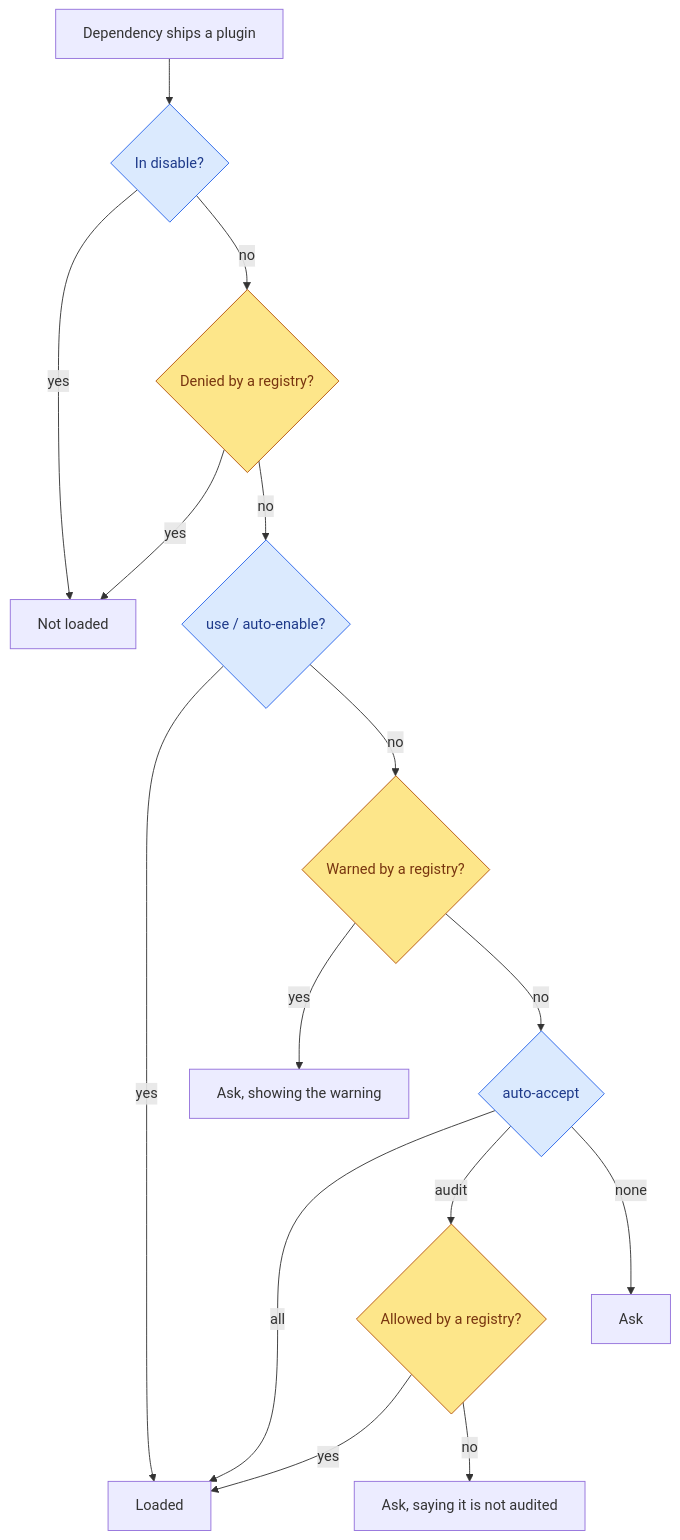
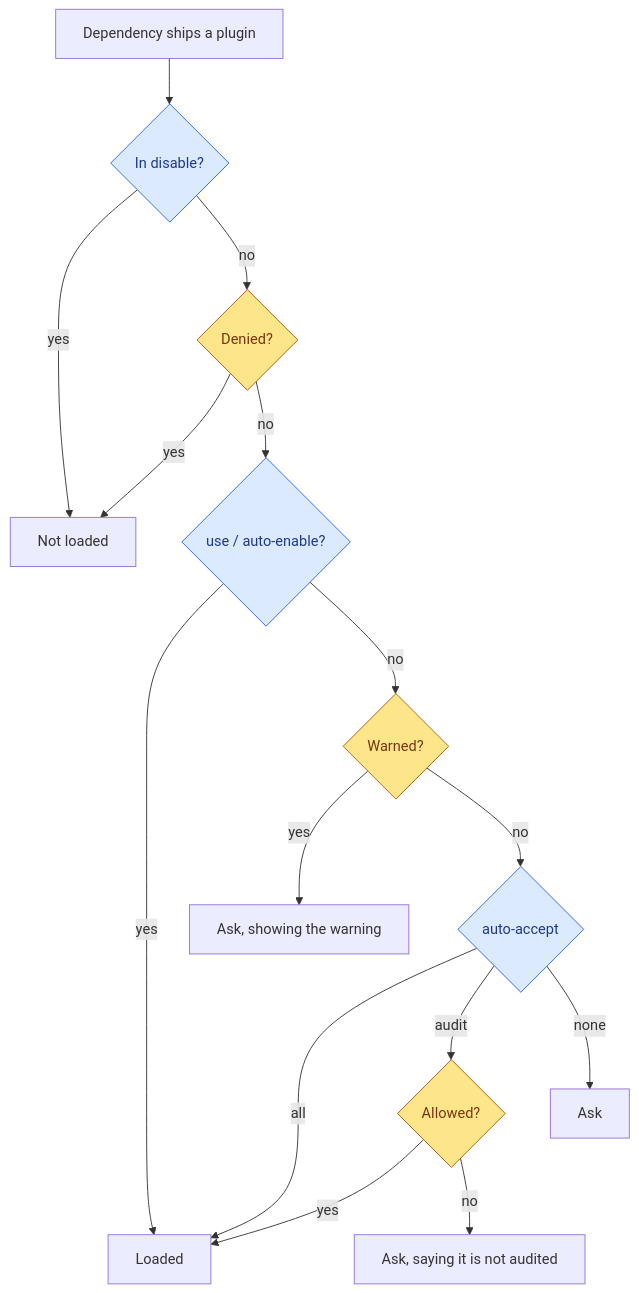
One commit to emiperez95/symposium changed the diagram in md/rfds/plugin-audits/README.md. Above: the diagram before and after it, drawn with Mermaid. The commit also changed other lines of this file, not shown here.

Commit message:
rfd: let the chart colors say who decides

````diff
--- a/md/rfds/plugin-audits/README.md
+++ b/md/rfds/plugin-audits/README.md
@@ -50,22 +50,22 @@
 ```mermaid
 flowchart TD
     A[Dependency ships a plugin] --> B{In disable?}
     B -- yes --> X[Not loaded]
-    B -- no --> C{Denied by a registry?}
+    B -- no --> C{Denied?}
     C -- yes --> X
     C -- no --> D{use / auto-enable?}
     D -- yes --> L[Loaded]
-    D -- no --> W{Warned by a registry?}
+    D -- no --> W{Warned?}
     W -- yes --> P[Ask, showing the warning]
     W -- no --> E{auto-accept}
     E -- all --> L
-    E -- audit --> F{Allowed by a registry?}
+    E -- audit --> F{Allowed?}
     F -- yes --> L
     F -- no --> Q[Ask, saying it is not audited]
     E -- none --> R[Ask]
 
     classDef user fill:#dbeafe,stroke:#2563eb,color:#1e3a8a
     classDef registry fill:#fde68a,stroke:#b45309,color:#78350f
     class B,D,E user
     class C,W,F registry
 ```
````
